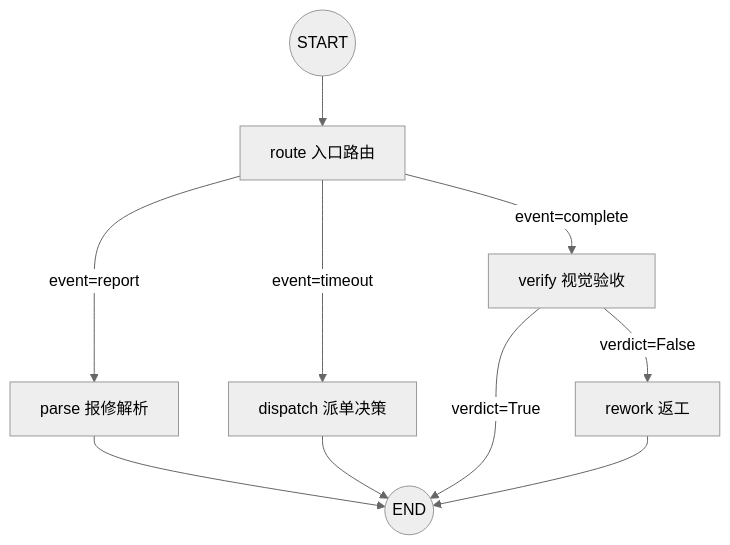
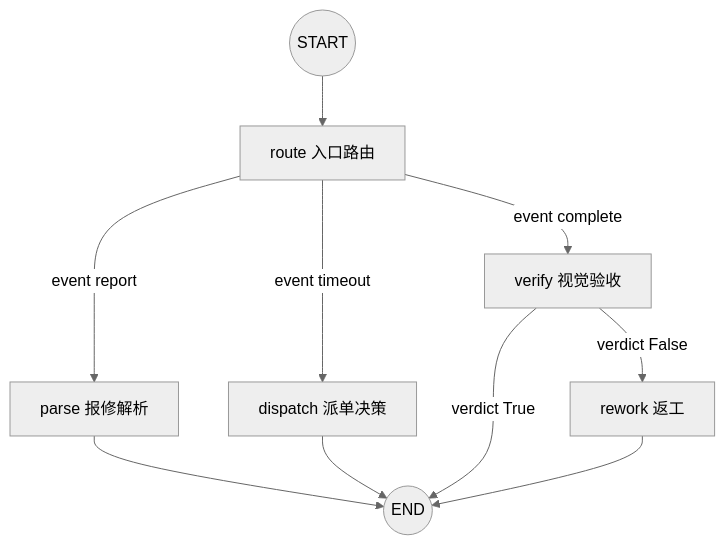
Before and after one commit to Youngshiqi/chengzhilianxiang: the first of 3 diagrams in README.md, drawn with Mermaid (neutral theme). The commit also changed other lines of this file and 1 other file, not shown here.

Commit message:
chore: 隐藏内部PRD文档(.gitignore) + 更新演示账号 + 修复mermaid图表兼容GitHub渲染

````diff
--- a/README.md
+++ b/README.md
@@ -59,12 +59,12 @@
 ```mermaid
 graph TD
     START((START)) --> route[route 入口路由]
-    route -- event=report --> parse[parse 报修解析]
-    route -- event=timeout --> dispatch[dispatch 派单决策]
-    route -- event=complete --> verify[verify 视觉验收]
+    route -->|event report| parse[parse 报修解析]
+    route -->|event timeout| dispatch[dispatch 派单决策]
+    route -->|event complete| verify[verify 视觉验收]
     parse --> END((END))
     dispatch --> END
-    verify -- verdict=True --> END
-    verify -- verdict=False --> rework[rework 返工]
+    verify -->|verdict True| END
+    verify -->|verdict False| rework[rework 返工]
     rework --> END
 ```
````
